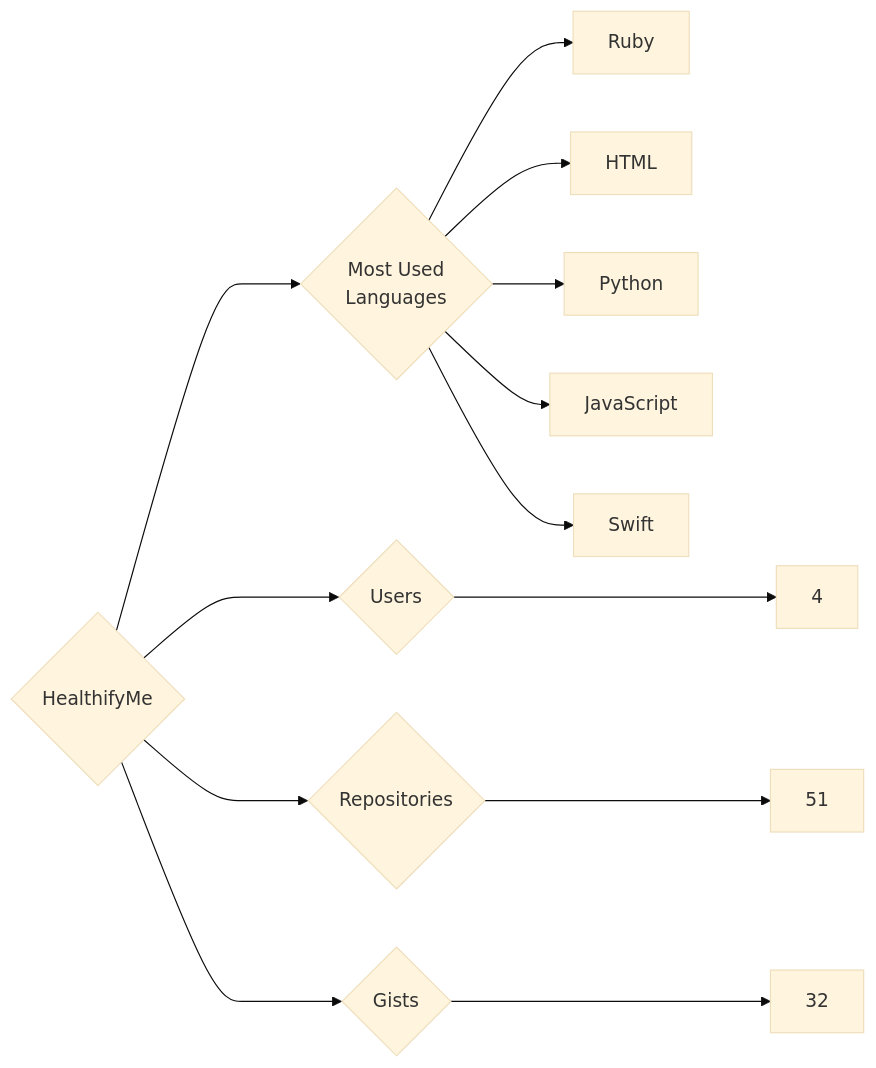
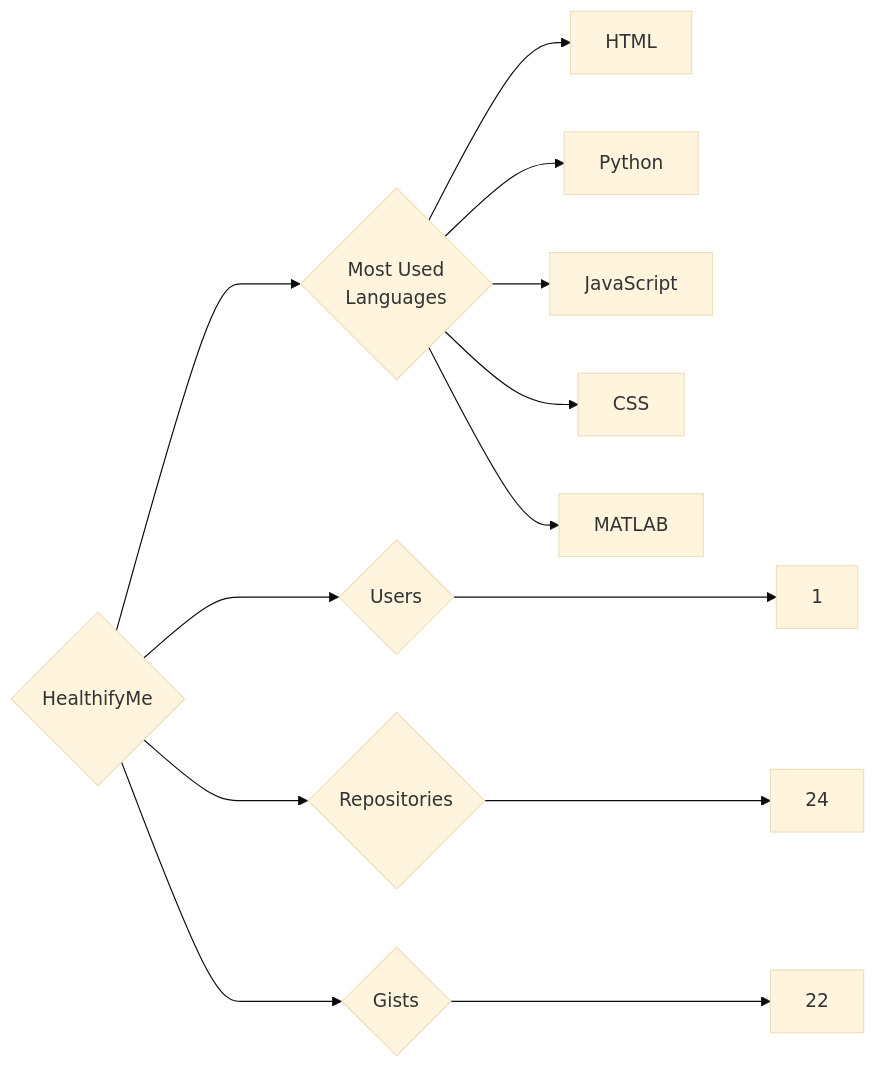
The diagram in targets/HealthifyMe/README.md (trickest/insiders), drawn with Mermaid (base theme) before and after one commit. The commit also changed 776 other files, not shown here.

````diff
--- a/targets/HealthifyMe/README.md
+++ b/targets/HealthifyMe/README.md
@@ -3,13 +3,13 @@
 ```mermaid
 graph LR
 COMPANY_NAME{HealthifyMe}
-COMPANY_NAME ---> U{Users} ---> UN[4]
-COMPANY_NAME ---> R{Repositories} ---> RN[51]
-COMPANY_NAME ---> G{Gists} ---> GN[32]
+COMPANY_NAME ---> U{Users} ---> UN[1]
+COMPANY_NAME ---> R{Repositories} ---> RN[24]
+COMPANY_NAME ---> G{Gists} ---> GN[22]
 COMPANY_NAME ---> ML{Most Used<br>Languages}
-ML --> Ruby[Ruby]
 ML --> HTML[HTML]
 ML --> Python[Python]
 ML --> JavaScript[JavaScript]
-ML --> Swift[Swift]
+ML --> CSS[CSS]
+ML --> MATLAB[MATLAB]
 ```
````
